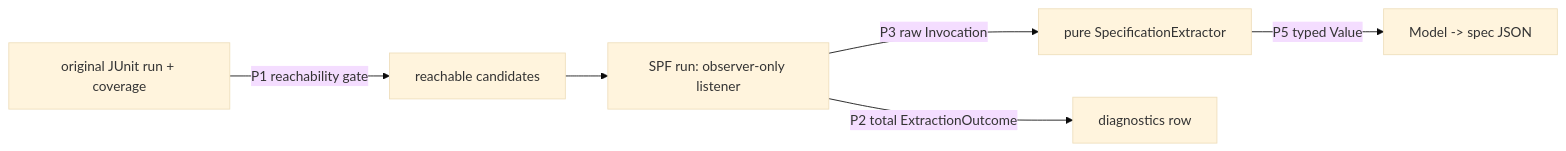
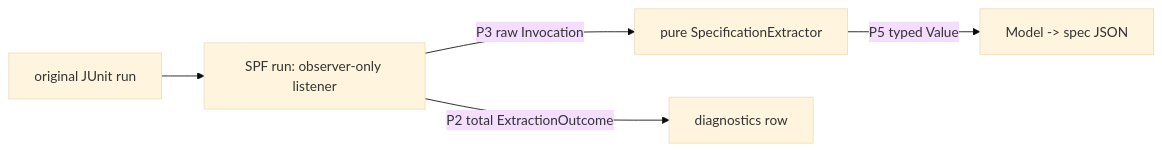
One commit to glockyco/Teralizer changed the diagram in docs/plans/2026-06-30-spf-spec-extraction-hardening.md. Above: the diagram before and after it, drawn with Mermaid (base theme). The commit also changed other lines of this file and 1 other file, not shown here.

````diff
--- a/docs/plans/2026-06-30-spf-spec-extraction-hardening.md
+++ b/docs/plans/2026-06-30-spf-spec-extraction-hardening.md
@@ -43,8 +42,7 @@
 ```mermaid
 flowchart LR
-  A[original JUnit run + coverage] -->|P1 reachability gate| B[reachable candidates]
-  B --> C[SPF run: observer-only listener]
+  A[original JUnit run] --> C[SPF run: observer-only listener]
   C -->|P3 raw Invocation| D[pure SpecificationExtractor]
   D -->|P5 typed Value| E[Model -> spec JSON]
   C -->|P2 total ExtractionOutcome| F[diagnostics row]
 ```
````
